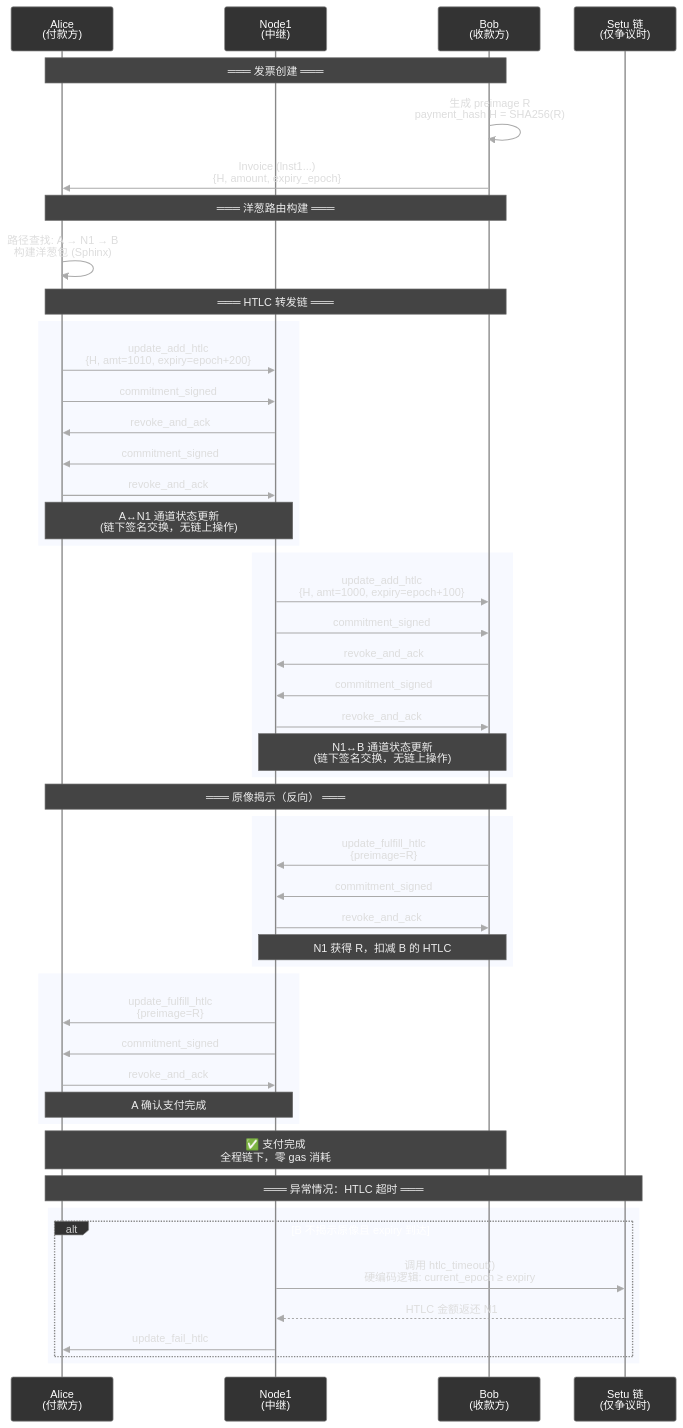
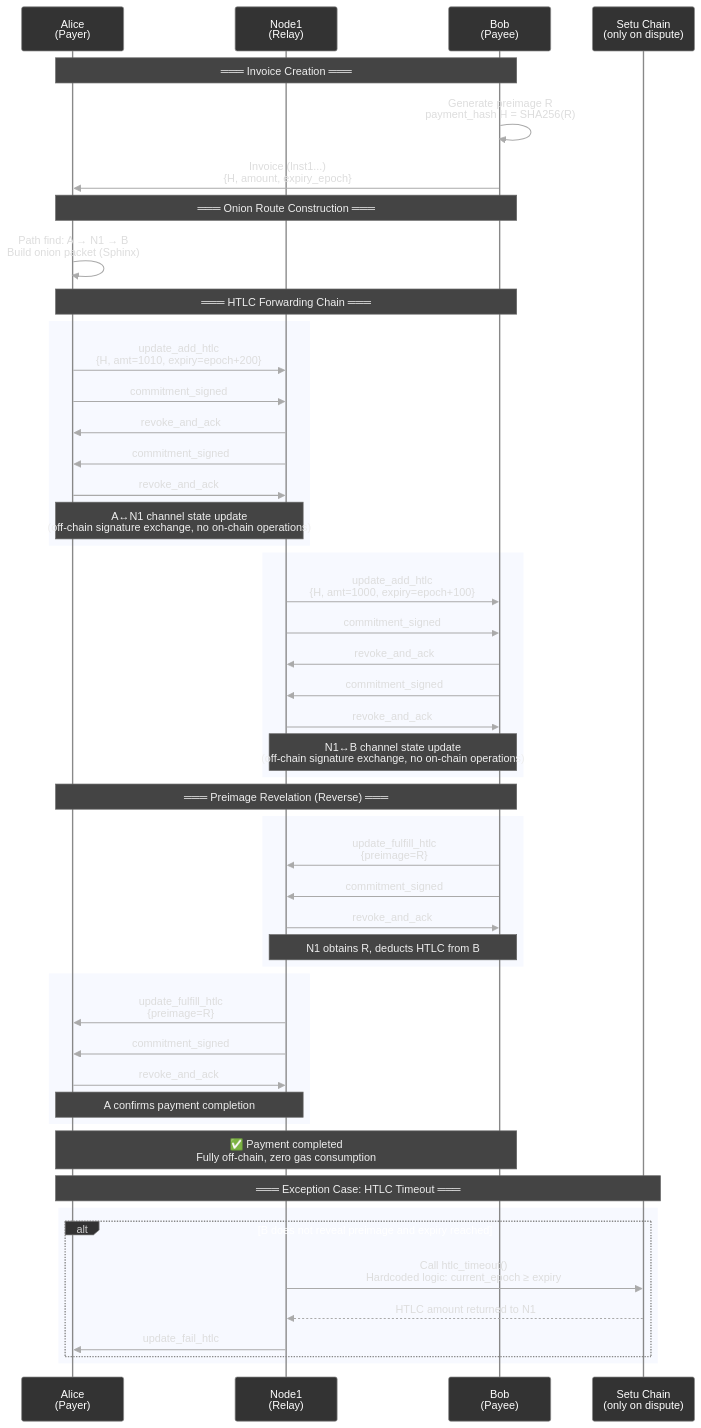
One commit to loka-network/loka-p2p-lnd changed the fifth of 9 diagrams in 1-refactor-docs/setu/lnd-and-setu-integration.md. Above: the diagram before and after it, drawn with Mermaid. The commit also changed other lines of this file and 12 other files, not shown here.

````diff
--- a/1-refactor-docs/setu/lnd-and-setu-integration.md
+++ b/1-refactor-docs/setu/lnd-and-setu-integration.md
@@ -209,80 +209,80 @@
 ```mermaid
 %%{init: {
   'theme': 'base',
   'themeVariables': {
     'actorBorder': '#888888',
     'actorBkg': '#333333',
     'actorTextColor': '#ffffff',
     'noteBkgColor': '#444444',
     'noteBorderColor': '#666666',
     'noteTextColor': '#eeeeee',
     'signalColor': '#aaaaaa',
     'signalTextColor': '#dddddd',
     'labelTextColor': '#cccccc',
     'loopTextColor': '#ffffff',
     'activationBkgColor': '#3a3a3a',
     'fillType0': '#2a2a2a'
   }
 }}%%
 
 sequenceDiagram
-    participant A as Alice<br/>(付款方)
-    participant N1 as Node1<br/>(中继)
-    participant B as Bob<br/>(收款方)
-    participant Setu as Setu 链<br/>(仅争议时)
+    participant A as Alice<br/>(Payer)
+    participant N1 as Node1<br/>(Relay)
+    participant B as Bob<br/>(Payee)
+    participant Setu as Setu Chain<br/>(only on dispute)
 
-    Note over A, B: ═══ 发票创建 ═══
-    B->>B: 生成 preimage R<br/>payment_hash H = SHA256(R)
+    Note over A, B: ═══ Invoice Creation ═══
+    B->>B: Generate preimage R<br/>payment_hash H = SHA256(R)
     B->>A: Invoice (lnst1...)<br/>{H, amount, expiry_epoch}
 
-    Note over A, B: ═══ 洋葱路由构建 ═══
-    A->>A: 路径查找: A → N1 → B<br/>构建洋葱包 (Sphinx)
+    Note over A, B: ═══ Onion Route Construction ═══
+    A->>A: Path find: A → N1 → B<br/>Build onion packet (Sphinx)
 
-    Note over A, B: ═══ HTLC 转发链 ═══
+    Note over A, B: ═══ HTLC Forwarding Chain ═══
 
     rect
         A->>N1: update_add_htlc<br/>{H, amt=1010, expiry=epoch+200}
         A->>N1: commitment_signed
         N1->>A: revoke_and_ack
         N1->>A: commitment_signed
         A->>N1: revoke_and_ack
-        Note over A, N1: A↔N1 通道状态更新<br/>(链下签名交换，无链上操作)
+        Note over A, N1: A↔N1 channel state update<br/>(off-chain signature exchange, no on-chain operations)
     end
 
     rect
         N1->>B: update_add_htlc<br/>{H, amt=1000, expiry=epoch+100}
         N1->>B: commitment_signed
         B->>N1: revoke_and_ack
         B->>N1: commitment_signed
         N1->>B: revoke_and_ack
-        Note over N1, B: N1↔B 通道状态更新<br/>(链下签名交换，无链上操作)
+        Note over N1, B: N1↔B channel state update<br/>(off-chain signature exchange, no on-chain operations)
     end
 
-    Note over A, B: ═══ 原像揭示（反向） ═══
+    Note over A, B: ═══ Preimage Revelation (Reverse) ═══
 
     rect
         B->>N1: update_fulfill_htlc<br/>{preimage=R}
         B->>N1: commitment_signed
         N1->>B: revoke_and_ack
-        Note over N1, B: N1 获得 R，扣减 B 的 HTLC
+        Note over N1, B: N1 obtains R, deducts HTLC from B
     end
 
     rect
         N1->>A: update_fulfill_htlc<br/>{preimage=R}
         N1->>A: commitment_signed
         A->>N1: revoke_and_ack
-        Note over A, N1: A 确认支付完成
+        Note over A, N1: A confirms payment completion
     end
 
-    Note over A, B: ✅ 支付完成<br/>全程链下，零 gas 消耗
+    Note over A, B: ✅ Payment completed<br/>Fully off-chain, zero gas consumption
 
-    Note over A, Setu: ═══ 异常情况：HTLC 超时 ═══
+    Note over A, Setu: ═══ Exception Case: HTLC Timeout ═══
 
     rect
-        alt B 不揭示原像且 expiry 到达
-            N1->>Setu: 调用 htlc_timeout()<br/>硬编码逻辑: current_epoch ≥ expiry
-            Setu-->>N1: HTLC 金额返还 N1
+        alt B does not reveal preimage and expiry reached
+            N1->>Setu: Call htlc_timeout()<br/>Hardcoded logic: current_epoch ≥ expiry
+            Setu-->>N1: HTLC amount returned to N1
             N1->>A: update_fail_htlc
         end
     end
 ```
````
